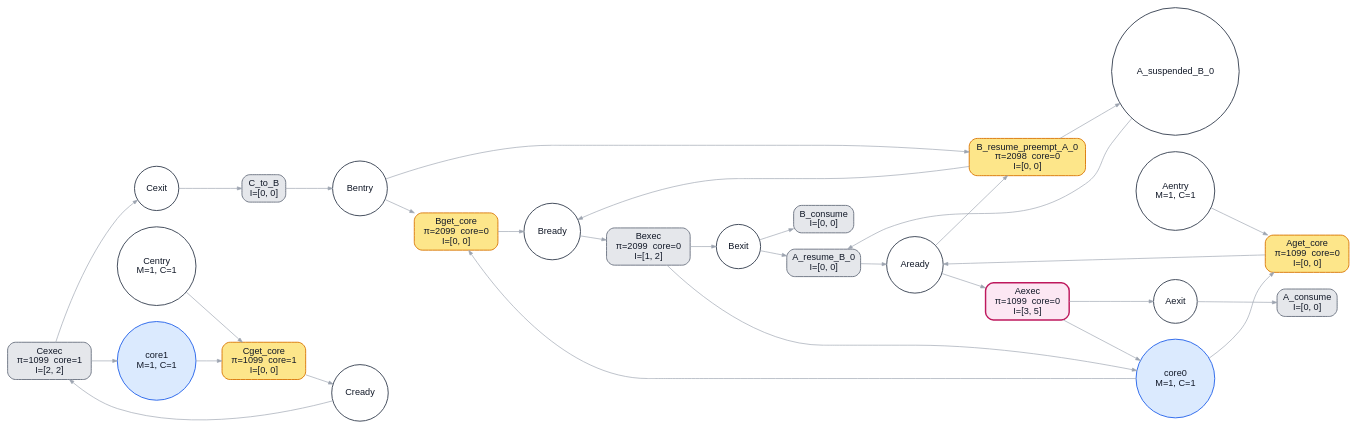
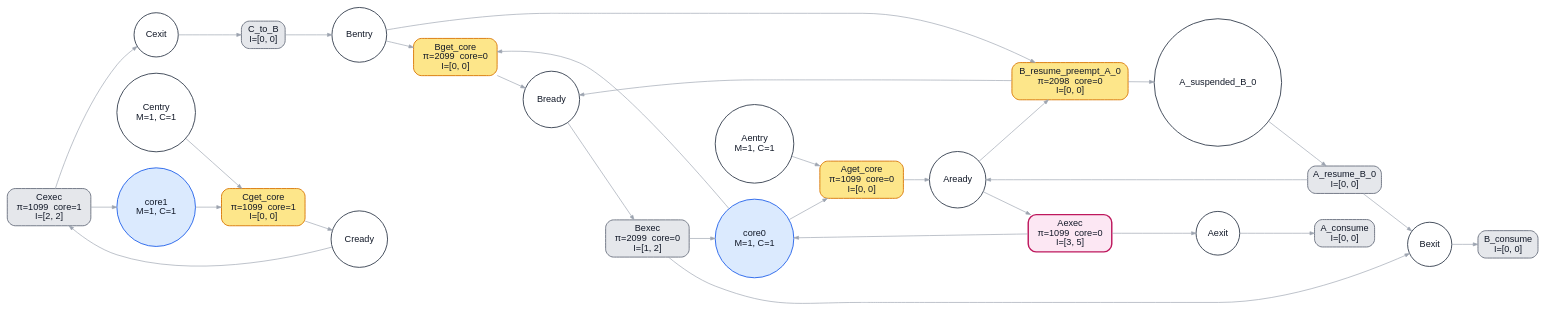
One commit to kevindadi/PPTPN changed the diagram in example/bench/preemption_delayed/ptpn.dot. Above: the diagram before and after it, drawn with Graphviz. The commit also changed 13 other files, not shown here.

```diff
--- a/example/bench/preemption_delayed/ptpn.dot
+++ b/example/bench/preemption_delayed/ptpn.dot
@@ -1,57 +1,57 @@
 digraph G {
 graph [rankdir=LR, fontname="Helvetica", nodesep=0.35, ranksep=0.55, bgcolor="white"];
 node [fontname="Helvetica", margin=0.08, style="filled,rounded", fontcolor="#111827"];
 edge [fontname="Helvetica", color="#9ca3af", arrowsize=0.7];
 "Bentry" [label="Bentry", shape="circle", style="filled,rounded", fillcolor="#ffffff", color="#374151", fontcolor="#111827", penwidth="1.4"];
 "Bready" [label="Bready", shape="circle", style="filled,rounded", fillcolor="#ffffff", color="#374151", fontcolor="#111827", penwidth="1.4"];
 "Bexit" [label="Bexit", shape="circle", style="filled,rounded", fillcolor="#ffffff", color="#374151", fontcolor="#111827", penwidth="1.4"];
 "Centry" [label="Centry\nM=1, C=1", shape="circle", style="filled,rounded", fillcolor="#ffffff", color="#374151", fontcolor="#111827", penwidth="1.4"];
 "Cready" [label="Cready", shape="circle", style="filled,rounded", fillcolor="#ffffff", color="#374151", fontcolor="#111827", penwidth="1.4"];
 "Cexit" [label="Cexit", shape="circle", style="filled,rounded", fillcolor="#ffffff", color="#374151", fontcolor="#111827", penwidth="1.4"];
 "Aentry" [label="Aentry\nM=1, C=1", shape="circle", style="filled,rounded", fillcolor="#ffffff", color="#374151", fontcolor="#111827", penwidth="1.4"];
 "Aready" [label="Aready", shape="circle", style="filled,rounded", fillcolor="#ffffff", color="#374151", fontcolor="#111827", penwidth="1.4"];
 "Aexit" [label="Aexit", shape="circle", style="filled,rounded", fillcolor="#ffffff", color="#374151", fontcolor="#111827", penwidth="1.4"];
 "A_suspended_B_0" [label="A_suspended_B_0", shape="circle", style="filled,rounded", fillcolor="#ffffff", color="#374151", fontcolor="#111827", penwidth="1.4"];
 "core0" [label="core0\nM=1, C=1", shape="circle", style="filled,rounded", fillcolor="#dbeafe", color="#2563eb", fontcolor="#111827", penwidth="1.4"];
 "core1" [label="core1\nM=1, C=1", shape="circle", style="filled,rounded", fillcolor="#dbeafe", color="#2563eb", fontcolor="#111827", penwidth="1.4"];
 "Bget_core" [label="Bget_core\nπ=2099  core=0\nI=[0, 0]", shape="box", style="filled,rounded", fillcolor="#fde68a", color="#d97706", fontcolor="#111827", penwidth="1.4"];
 "Bexec" [label="Bexec\nπ=2099  core=0\nI=[1, 2]", shape="box", style="filled,rounded", fillcolor="#e5e7eb", color="#6b7280", fontcolor="#111827", penwidth="1.4"];
 "Cget_core" [label="Cget_core\nπ=1099  core=1\nI=[0, 0]", shape="box", style="filled,rounded", fillcolor="#fde68a", color="#d97706", fontcolor="#111827", penwidth="1.4"];
 "Cexec" [label="Cexec\nπ=1099  core=1\nI=[2, 2]", shape="box", style="filled,rounded", fillcolor="#e5e7eb", color="#6b7280", fontcolor="#111827", penwidth="1.4"];
 "Aget_core" [label="Aget_core\nπ=1099  core=0\nI=[0, 0]", shape="box", style="filled,rounded", fillcolor="#fde68a", color="#d97706", fontcolor="#111827", penwidth="1.4"];
 "Aexec" [label="Aexec\nπ=1099  core=0\nI=[3, 5]", shape="box", style="filled,rounded", fillcolor="#fce7f3", color="#be185d", fontcolor="#111827", penwidth="2.2"];
 "C_to_B" [label="C_to_B\nI=[0, 0]", shape="box", style="filled,rounded", fillcolor="#e5e7eb", color="#6b7280", fontcolor="#111827", penwidth="1.4"];
 "A_consume" [label="A_consume\nI=[0, 0]", shape="box", style="filled,rounded", fillcolor="#e5e7eb", color="#6b7280", fontcolor="#111827", penwidth="1.4"];
 "B_consume" [label="B_consume\nI=[0, 0]", shape="box", style="filled,rounded", fillcolor="#e5e7eb", color="#6b7280", fontcolor="#111827", penwidth="1.4"];
 "B_resume_preempt_A_0" [label="B_resume_preempt_A_0\nπ=2098  core=0\nI=[0, 0]", shape="box", style="filled,rounded", fillcolor="#fde68a", color="#d97706", fontcolor="#111827", penwidth="1.4"];
 "A_resume_B_0" [label="A_resume_B_0\nI=[0, 0]", shape="box", style="filled,rounded", fillcolor="#e5e7eb", color="#6b7280", fontcolor="#111827", penwidth="1.4"];
 "Bentry" -> "Bget_core" [label="", color="#9ca3af", penwidth="1.0"];
 "Bentry" -> "B_resume_preempt_A_0" [label="", color="#9ca3af", penwidth="1.0"];
 "Bready" -> "Bexec" [label="", color="#9ca3af", penwidth="1.0"];
 "Bexit" -> "B_consume" [label="", color="#9ca3af", penwidth="1.0"];
-"Bexit" -> "A_resume_B_0" [label="", color="#9ca3af", penwidth="1.0"];
 "Centry" -> "Cget_core" [label="", color="#9ca3af", penwidth="1.0"];
 "Cready" -> "Cexec" [label="", color="#9ca3af", penwidth="1.0"];
 "Cexit" -> "C_to_B" [label="", color="#9ca3af", penwidth="1.0"];
 "Aentry" -> "Aget_core" [label="", color="#9ca3af", penwidth="1.0"];
 "Aready" -> "Aexec" [label="", color="#9ca3af", penwidth="1.0"];
 "Aready" -> "B_resume_preempt_A_0" [label="", color="#9ca3af", penwidth="1.0"];
 "Aexit" -> "A_consume" [label="", color="#9ca3af", penwidth="1.0"];
 "A_suspended_B_0" -> "A_resume_B_0" [label="", color="#9ca3af", penwidth="1.0"];
 "core0" -> "Bget_core" [label="", color="#9ca3af", penwidth="1.0"];
 "core0" -> "Aget_core" [label="", color="#9ca3af", penwidth="1.0"];
 "core1" -> "Cget_core" [label="", color="#9ca3af", penwidth="1.0"];
 "Bget_core" -> "Bready" [label="", color="#9ca3af", penwidth="1.0"];
 "Bexec" -> "Bexit" [label="", color="#9ca3af", penwidth="1.0"];
 "Bexec" -> "core0" [label="", color="#9ca3af", penwidth="1.0"];
 "Cget_core" -> "Cready" [label="", color="#9ca3af", penwidth="1.0"];
 "Cexec" -> "Cexit" [label="", color="#9ca3af", penwidth="1.0"];
 "Cexec" -> "core1" [label="", color="#9ca3af", penwidth="1.0"];
 "Aget_core" -> "Aready" [label="", color="#9ca3af", penwidth="1.0"];
 "Aexec" -> "Aexit" [label="", color="#9ca3af", penwidth="1.0"];
 "Aexec" -> "core0" [label="", color="#9ca3af", penwidth="1.0"];
 "C_to_B" -> "Bentry" [label="", color="#9ca3af", penwidth="1.0"];
 "B_resume_preempt_A_0" -> "Bready" [label="", color="#9ca3af", penwidth="1.0"];
 "B_resume_preempt_A_0" -> "A_suspended_B_0" [label="", color="#9ca3af", penwidth="1.0"];
+"A_resume_B_0" -> "Bexit" [label="", color="#9ca3af", penwidth="1.0"];
 "A_resume_B_0" -> "Aready" [label="", color="#9ca3af", penwidth="1.0"];
 }
```
